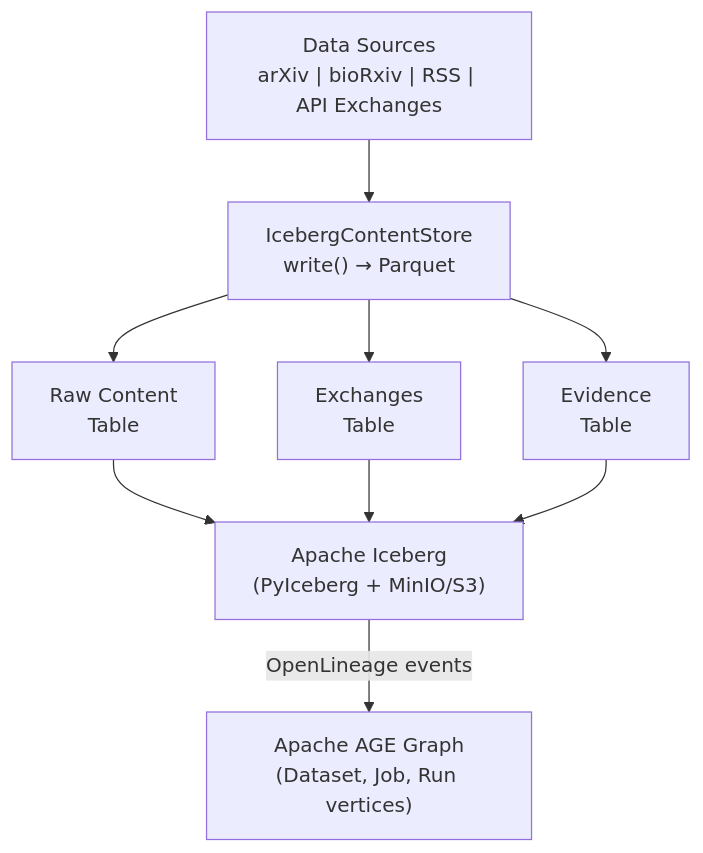
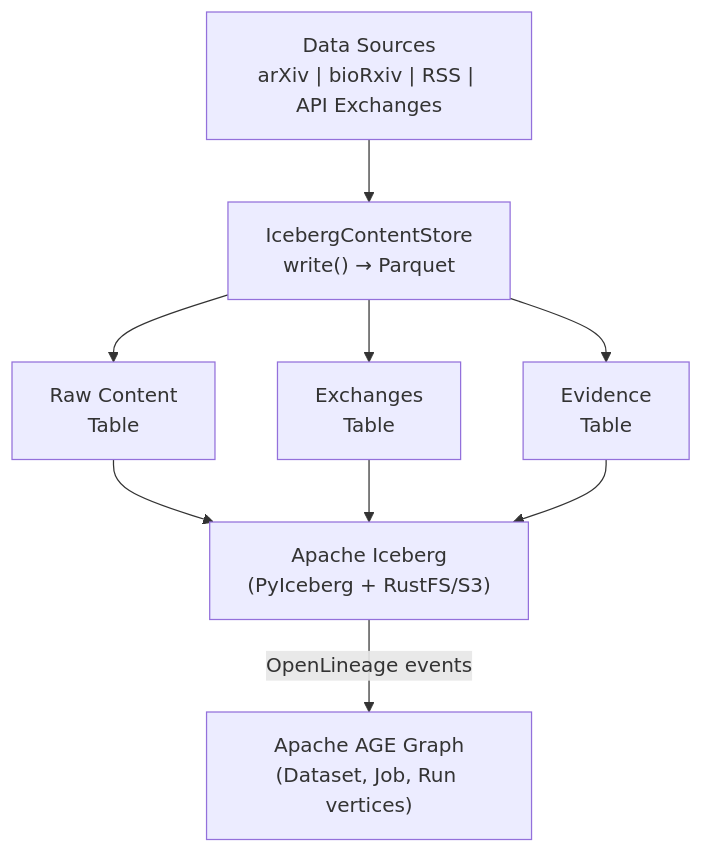
The second of 2 diagrams in src/gaius/hx/README.md (zndx/gaius), drawn with Mermaid before and after one commit. The commit also changed other lines of this file and 63 other files, not shown here.

````diff
--- a/src/gaius/hx/README.md
+++ b/src/gaius/hx/README.md
@@ -304,19 +304,19 @@
 ```mermaid
 flowchart TB
     SRC["Data Sources<br/>arXiv | bioRxiv | RSS | API Exchanges"]
     STORE["IcebergContentStore<br/>write() → Parquet"]
     RAW[Raw Content<br/>Table]
     EXCH[Exchanges<br/>Table]
     EVID[Evidence<br/>Table]
-    ICE["Apache Iceberg<br/>(PyIceberg + MinIO/S3)"]
+    ICE["Apache Iceberg<br/>(PyIceberg + RustFS/S3)"]
     AGE["Apache AGE Graph<br/>(Dataset, Job, Run vertices)"]
 
     SRC --> STORE
     STORE --> RAW
     STORE --> EXCH
     STORE --> EVID
     RAW --> ICE
     EXCH --> ICE
     EVID --> ICE
     ICE -->|OpenLineage events| AGE
 ```
````
